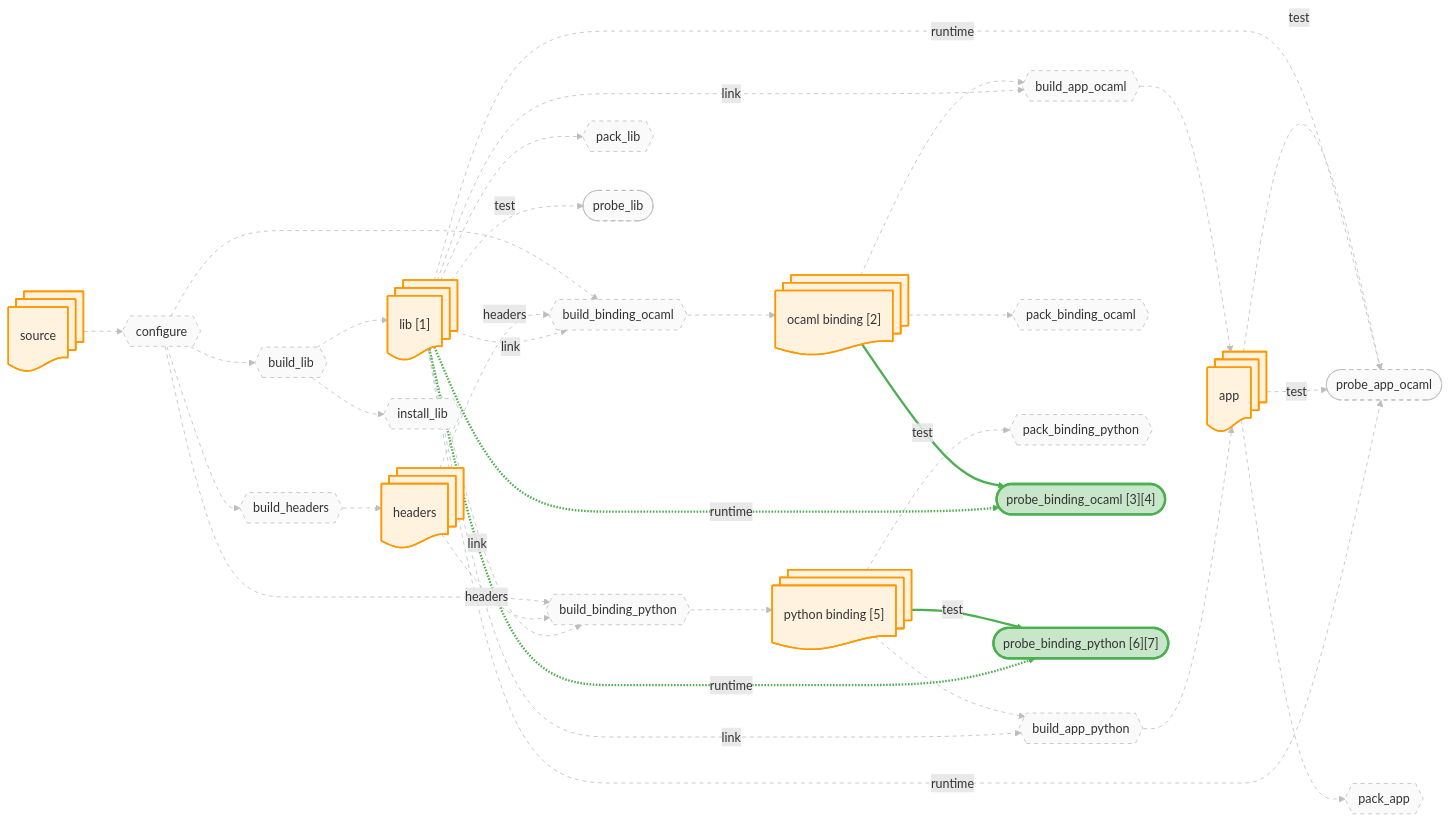
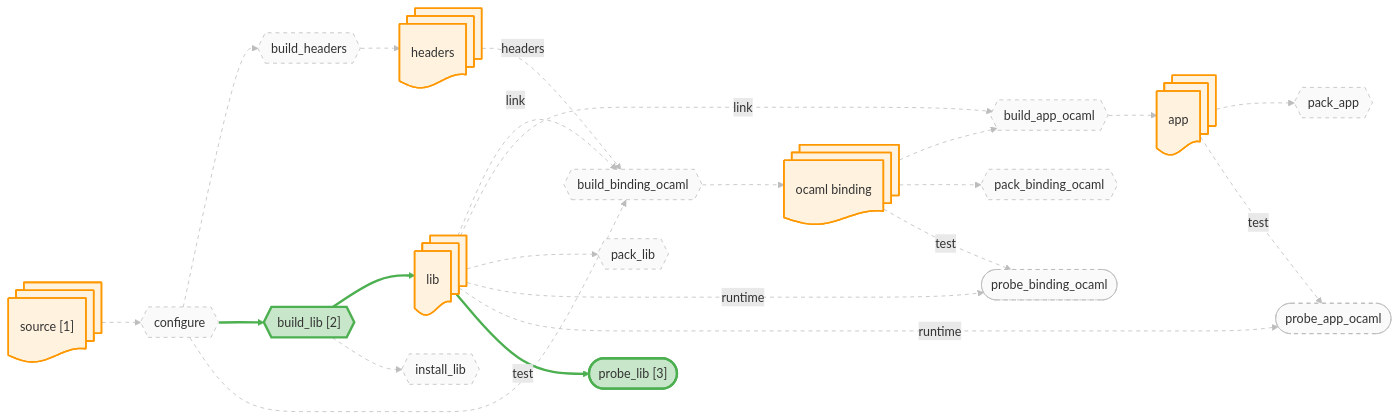
One commit to JHU-PL-Lab/tola changed the diagram in docs/canary/projects/sqlite/-run/diagrams/all.mmd. Above: the diagram before and after it, drawn with Mermaid. The commit also changed 10 other files, not shown here.

```diff
--- a/docs/canary/projects/sqlite/-run/diagrams/all.mmd
+++ b/docs/canary/projects/sqlite/-run/diagrams/all.mmd
@@ -1,119 +1,84 @@
 graph LR
-    source_node@{ shape: docs, label: "source" }
+    source_node@{ shape: docs, label: "source [1]" }
     headers_node@{ shape: docs, label: "headers" }
-    lib_node@{ shape: docs, label: "lib [1]" }
+    lib_node@{ shape: docs, label: "lib" }
     app_node@{ shape: docs, label: "app" }
-    ocaml_binding_node@{ shape: docs, label: "ocaml binding [2]" }
-    python_binding_node@{ shape: docs, label: "python binding [5]" }
+    ocaml_binding_node@{ shape: docs, label: "ocaml binding" }
 
     A_configure{{"configure"}}
     A_build_headers{{"build_headers"}}
-    A_build_lib{{"build_lib"}}
+    A_build_lib{{"build_lib [2]"}}
     A_build_binding_ocaml{{"build_binding_ocaml"}}
     A_build_app_ocaml{{"build_app_ocaml"}}
-    A_build_binding_python{{"build_binding_python"}}
-    A_build_app_python{{"build_app_python"}}
     A_install_lib{{"install_lib"}}
     A_pack_binding_ocaml{{"pack_binding_ocaml"}}
-    A_pack_binding_python{{"pack_binding_python"}}
     A_pack_lib{{"pack_lib"}}
     A_pack_app{{"pack_app"}}
-    A_probe_binding_ocaml(["probe_binding_ocaml [3][4]"])
+    A_probe_binding_ocaml(["probe_binding_ocaml"])
     A_probe_app_ocaml(["probe_app_ocaml"])
-    A_probe_binding_python(["probe_binding_python [6][7]"])
-    A_probe_app_ocaml(["probe_app_ocaml"])
-    A_probe_lib(["probe_lib"])
+    A_probe_lib(["probe_lib [3]"])
 
     source_node --> A_configure
     A_configure --> A_build_headers
     A_build_headers --> headers_node
     A_configure --> A_build_lib
     A_build_lib --> lib_node
     A_configure --> A_build_binding_ocaml
     headers_node -.->|headers| A_build_binding_ocaml
     lib_node -.->|link| A_build_binding_ocaml
     A_build_binding_ocaml --> ocaml_binding_node
     ocaml_binding_node --> A_build_app_ocaml
     lib_node -.->|link| A_build_app_ocaml
     A_build_app_ocaml --> app_node
-    A_configure --> A_build_binding_python
-    headers_node -.->|headers| A_build_binding_python
-    lib_node -.->|link| A_build_binding_python
-    A_build_binding_python --> python_binding_node
-    python_binding_node --> A_build_app_python
-    lib_node -.->|link| A_build_app_python
-    A_build_app_python --> app_node
     A_build_lib --> A_install_lib
     ocaml_binding_node --> A_pack_binding_ocaml
-    python_binding_node --> A_pack_binding_python
     lib_node --> A_pack_lib
     app_node --> A_pack_app
     ocaml_binding_node -->|test| A_probe_binding_ocaml
     lib_node -.->|runtime| A_probe_binding_ocaml
-    app_node -->|test| A_probe_app_ocaml
-    lib_node -.->|runtime| A_probe_app_ocaml
-    python_binding_node -->|test| A_probe_binding_python
-    lib_node -.->|runtime| A_probe_binding_python
     app_node -->|test| A_probe_app_ocaml
     lib_node -.->|runtime| A_probe_app_ocaml
     lib_node -->|test| A_probe_lib
 
     classDef artifact fill:#fff3e0,stroke:#ff9800,stroke-width:2px
     classDef action fill:#f3e5f5,stroke:#9c27b0,stroke-width:2px
     classDef st_done fill:#c8e6c9,stroke:#4caf50,stroke-width:3px
     classDef st_done_ctx fill:#e8f5e9,stroke:#a5d6a7,stroke-width:1.5px
     classDef st_expected_fail fill:#fff9c4,stroke:#f9a825,stroke-width:2px
     classDef st_failed fill:#ffcdd2,stroke:#c62828,stroke-width:2px
     classDef st_skipped fill:#f5f5f5,stroke:#9e9e9e,stroke-dasharray:5
     classDef st_nospec fill:#fafafa,stroke:#bdbdbd,stroke-dasharray:5
-    class source_node,headers_node,lib_node,app_node,ocaml_binding_node,python_binding_node artifact
+    class source_node,headers_node,lib_node,app_node,ocaml_binding_node artifact
     class A_configure st_nospec
     class A_build_headers st_nospec
-    class A_build_lib st_nospec
+    class A_build_lib st_done
     class A_build_binding_ocaml st_nospec
     class A_build_app_ocaml st_nospec
-    class A_build_binding_python st_nospec
-    class A_build_app_python st_nospec
     class A_install_lib st_nospec
     class A_pack_binding_ocaml st_nospec
-    class A_pack_binding_python st_nospec
     class A_pack_lib st_nospec
     class A_pack_app st_nospec
-    class A_probe_binding_ocaml st_done
+    class A_probe_binding_ocaml st_nospec
     class A_probe_app_ocaml st_nospec
-    class A_probe_binding_python st_done
-    class A_probe_app_ocaml st_nospec
-    class A_probe_lib st_nospec
+    class A_probe_lib st_done
     linkStyle 0 stroke:#bdbdbd,stroke-width:1px,stroke-dasharray:5
     linkStyle 1 stroke:#bdbdbd,stroke-width:1px,stroke-dasharray:5
     linkStyle 2 stroke:#bdbdbd,stroke-width:1px,stroke-dasharray:5
-    linkStyle 3 stroke:#bdbdbd,stroke-width:1px,stroke-dasharray:5
-    linkStyle 4 stroke:#bdbdbd,stroke-width:1px,stroke-dasharray:5
+    linkStyle 3 stroke:#4caf50,stroke-width:3px
+    linkStyle 4 stroke:#4caf50,stroke-width:3px
     linkStyle 5 stroke:#bdbdbd,stroke-width:1px,stroke-dasharray:5
     linkStyle 6 stroke:#bdbdbd,stroke-width:1px,stroke-dasharray:5
     linkStyle 7 stroke:#bdbdbd,stroke-width:1px,stroke-dasharray:5
     linkStyle 8 stroke:#bdbdbd,stroke-width:1px,stroke-dasharray:5
     linkStyle 9 stroke:#bdbdbd,stroke-width:1px,stroke-dasharray:5
     linkStyle 10 stroke:#bdbdbd,stroke-width:1px,stroke-dasharray:5
     linkStyle 11 stroke:#bdbdbd,stroke-width:1px,stroke-dasharray:5
     linkStyle 12 stroke:#bdbdbd,stroke-width:1px,stroke-dasharray:5
     linkStyle 13 stroke:#bdbdbd,stroke-width:1px,stroke-dasharray:5
     linkStyle 14 stroke:#bdbdbd,stroke-width:1px,stroke-dasharray:5
     linkStyle 15 stroke:#bdbdbd,stroke-width:1px,stroke-dasharray:5
     linkStyle 16 stroke:#bdbdbd,stroke-width:1px,stroke-dasharray:5
     linkStyle 17 stroke:#bdbdbd,stroke-width:1px,stroke-dasharray:5
     linkStyle 18 stroke:#bdbdbd,stroke-width:1px,stroke-dasharray:5
     linkStyle 19 stroke:#bdbdbd,stroke-width:1px,stroke-dasharray:5
-    linkStyle 20 stroke:#bdbdbd,stroke-width:1px,stroke-dasharray:5
-    linkStyle 21 stroke:#bdbdbd,stroke-width:1px,stroke-dasharray:5
-    linkStyle 22 stroke:#bdbdbd,stroke-width:1px,stroke-dasharray:5
-    linkStyle 23 stroke:#bdbdbd,stroke-width:1px,stroke-dasharray:5
-    linkStyle 24 stroke:#4caf50,stroke-width:3px
-    linkStyle 25 stroke:#4caf50,stroke-width:3px
-    linkStyle 26 stroke:#bdbdbd,stroke-width:1px,stroke-dasharray:5
-    linkStyle 27 stroke:#bdbdbd,stroke-width:1px,stroke-dasharray:5
-    linkStyle 28 stroke:#4caf50,stroke-width:3px
-    linkStyle 29 stroke:#4caf50,stroke-width:3px
-    linkStyle 30 stroke:#bdbdbd,stroke-width:1px,stroke-dasharray:5
-    linkStyle 31 stroke:#bdbdbd,stroke-width:1px,stroke-dasharray:5
-    linkStyle 32 stroke:#bdbdbd,stroke-width:1px,stroke-dasharray:5
+    linkStyle 20 stroke:#4caf50,stroke-width:3px
```
